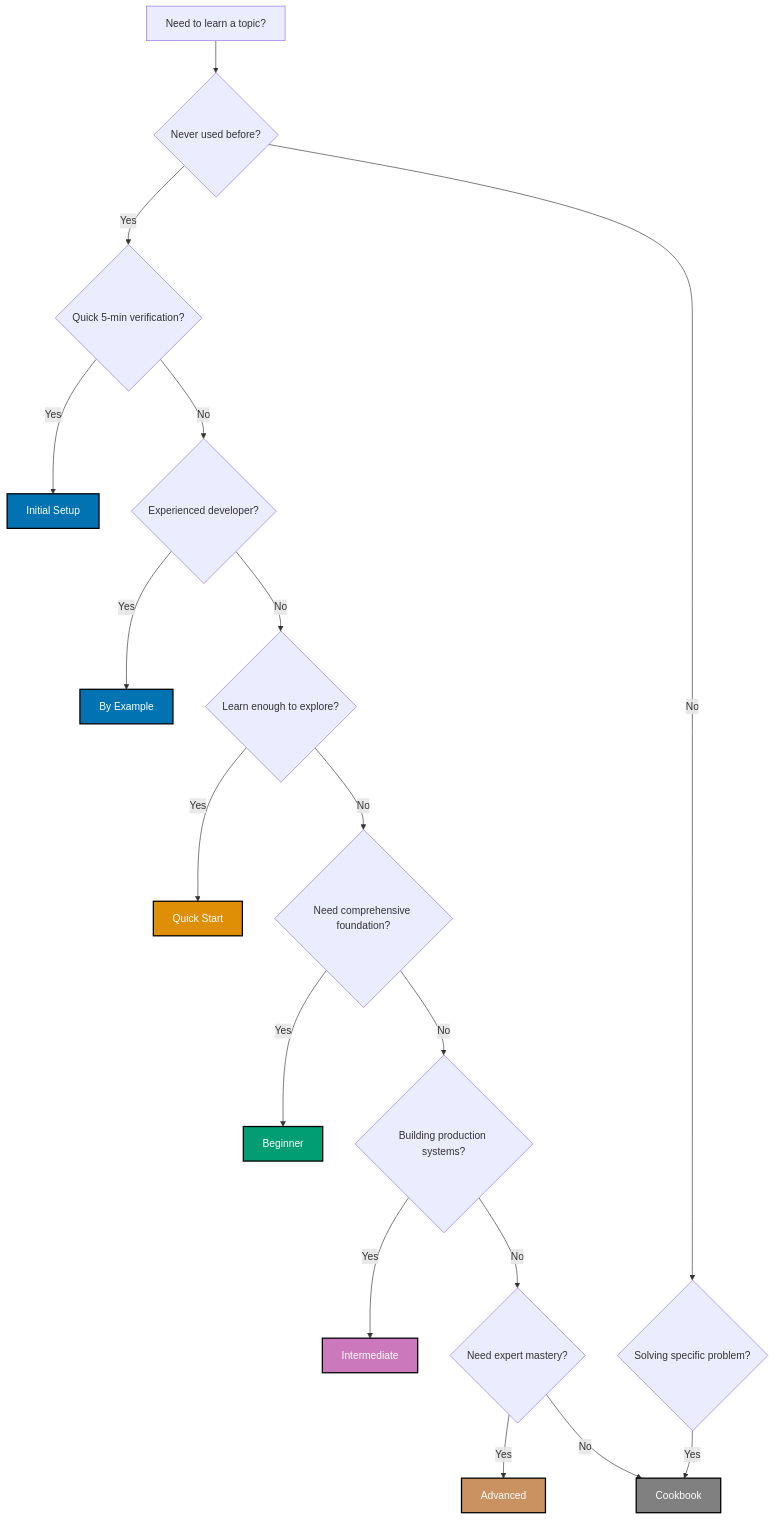
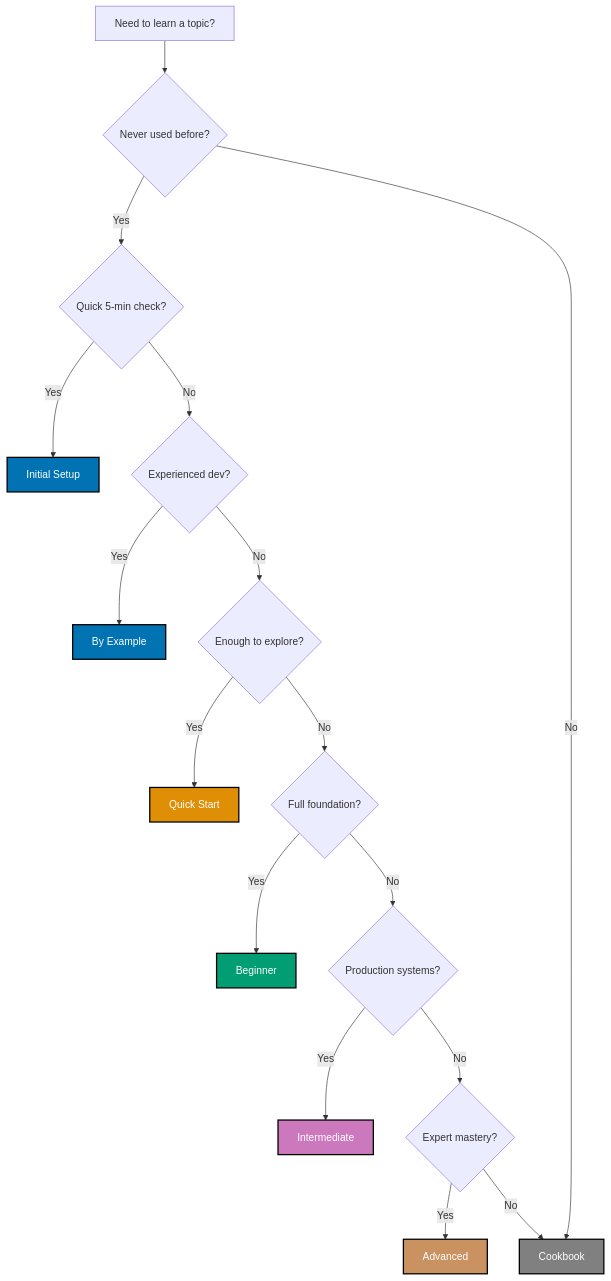
Before and after one commit to wahidyankf/open-sharia-enterprise: the second of 2 diagrams in governance/conventions/tutorials/naming.md, drawn with Mermaid. The commit also changed 15 other files, not shown here.

First line of the commit message:
fix(governance): fix pre-existing mermaid diagram violations in governance docs

````diff
--- a/governance/conventions/tutorials/naming.md
+++ b/governance/conventions/tutorials/naming.md
@@ -410,45 +410,33 @@
 ```mermaid
 %% Color palette: Blue #0173B2, Orange #DE8F05, Teal #029E73, Purple #CC78BC, Brown #CA9161, Gray #808080
 graph TB
- START[Need to learn a topic?]
- Q1{Never used before?}
- Q2{Quick 5-min verification?}
- Q3{Experienced developer?}
- Q4{Learn enough to explore?}
- Q5{Need comprehensive foundation?}
- Q6{Building production systems?}
- Q7{Need expert mastery?}
- Q8{Solving specific problem?}
+ START[Need to learn a topic?] --> Q1{Never used before?}
+ Q1 -- Yes --> Q2{Quick 5-min check?}
+ Q1 -- No --> CB[Cookbook]
 
- START --> Q1
- Q1 -->|Yes| Q2
- Q1 -->|No| Q8
+ Q2 -- Yes --> IS[Initial Setup]
+ Q2 -- No --> Q3{Experienced dev?}
 
- Q2 -->|Yes| IS[Initial Setup]
- Q2 -->|No| Q3
+ Q3 -- Yes --> BE[By Example]
+ Q3 -- No --> Q4{Enough to explore?}
 
- Q3 -->|Yes| BE[By Example]
- Q3 -->|No| Q4
+ Q4 -- Yes --> QS[Quick Start]
+ Q4 -- No --> Q5{Full foundation?}
 
- Q4 -->|Yes| QS[Quick Start]
- Q4 -->|No| Q5
+ Q5 -- Yes --> BEG[Beginner]
+ Q5 -- No --> Q6{Production systems?}
 
- Q5 -->|Yes| BEG[Beginner]
- Q5 -->|No| Q6
+ Q6 -- Yes --> INT[Intermediate]
+ Q6 -- No --> Q7{Expert mastery?}
 
- Q6 -->|Yes| INT[Intermediate]
- Q6 -->|No| Q7
-
- Q7 -->|Yes| ADV[Advanced]
- Q7 -->|No| CB[Cookbook]
-
- Q8 -->|Yes| CB
+ Q7 -- Yes --> ADV[Advanced]
+ Q7 -- No --> CB
 
  style IS fill:#0173B2,stroke:#000000,color:#FFFFFF,stroke-width:2px
  style QS fill:#DE8F05,stroke:#000000,color:#FFFFFF,stroke-width:2px
  style BEG fill:#029E73,stroke:#000000,color:#FFFFFF,stroke-width:2px
  style INT fill:#CC78BC,stroke:#000000,color:#FFFFFF,stroke-width:2px
  style ADV fill:#CA9161,stroke:#000000,color:#FFFFFF,stroke-width:2px
  style CB fill:#808080,stroke:#000000,color:#FFFFFF,stroke-width:2px
  style BE fill:#0173B2,stroke:#000000,color:#FFFFFF,stroke-width:2px
 ```
````
